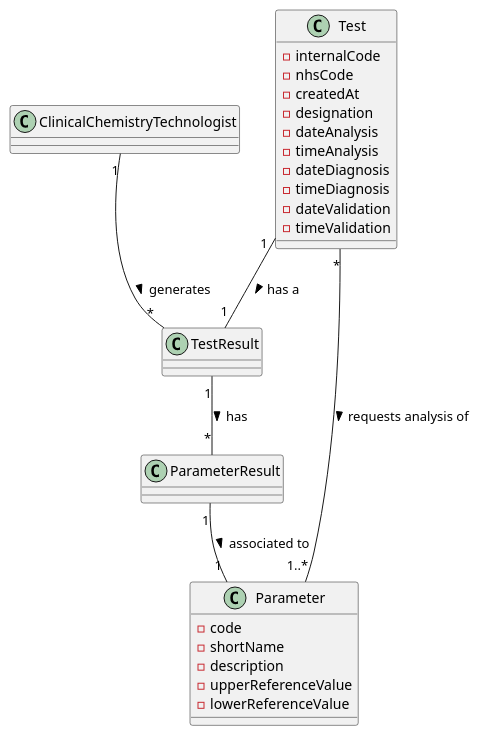
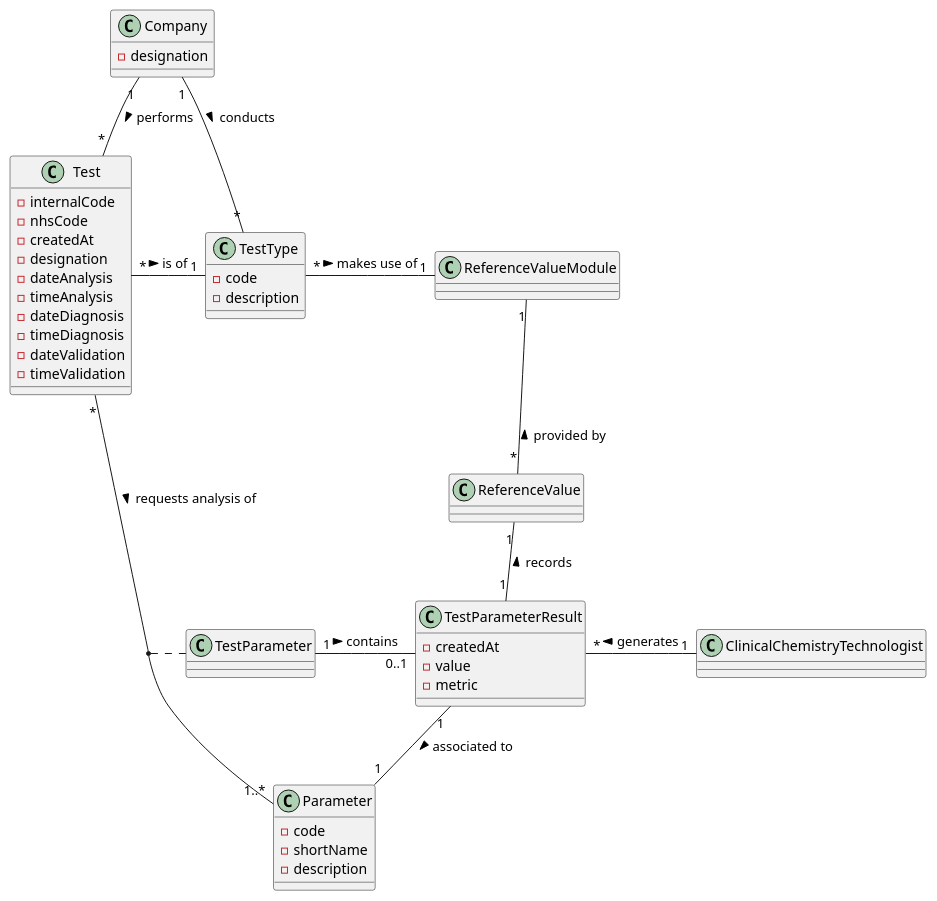
One commit to MadDinosaur/ISEP-LAPR2 changed the diagram in docs/SprintC/US12/US12_DM.puml. Above: the diagram before and after it, drawn with PlantUML. The commit also changed 3 other files, not shown here.

Commit message:
Updated DM: Added class TestParameter, TestParameterResult and Reference Value.

```diff
--- a/docs/SprintC/US12/US12_DM.puml
+++ b/docs/SprintC/US12/US12_DM.puml
@@ -1,29 +1,45 @@
 @startuml
 class ClinicalChemistryTechnologist
+class Company {
+-designation
+}
 class Test {
 -internalCode
 -nhsCode
 -createdAt
 -designation
 -dateAnalysis
 -timeAnalysis
 -dateDiagnosis
 -timeDiagnosis
 -dateValidation
 -timeValidation
 }
+class TestType {
+-code
+-description
+}
 class Parameter {
 -code
 -shortName
 -description
--upperReferenceValue
--lowerReferenceValue
 }
-class ParameterResult
+class TestParameterResult {
+-createdAt
+-value
+-metric
+}
+class ReferenceValueModule
 
-ParameterResult "1"--"1" Parameter : associated to >
+Company "1"-down-"*" TestType : conducts >
+TestType "*"-right-"1" ReferenceValueModule : makes use of >
+TestParameterResult "1"--"1" Parameter : associated to >
 Test "*"--"1..*" Parameter : requests analysis of >
-Test "1"--"1" TestResult : has a >
-TestResult "*"-up-"1" ClinicalChemistryTechnologist : generates <
-TestResult "1"--"*" ParameterResult : has >
+Test "*"-up-"1" Company : performs <
+Test "*"-right-"1" "TestType" : is of >
+(Test, Parameter) .. TestParameter
+TestParameter "1"-right- "0..1"TestParameterResult : contains >
+TestParameterResult "*"-right-"1" ClinicalChemistryTechnologist : generates <
+ReferenceValue "*"-up-"1" ReferenceValueModule : provided by >
+TestParameterResult "1"-up-"1" ReferenceValue : records >
 @enduml
```
